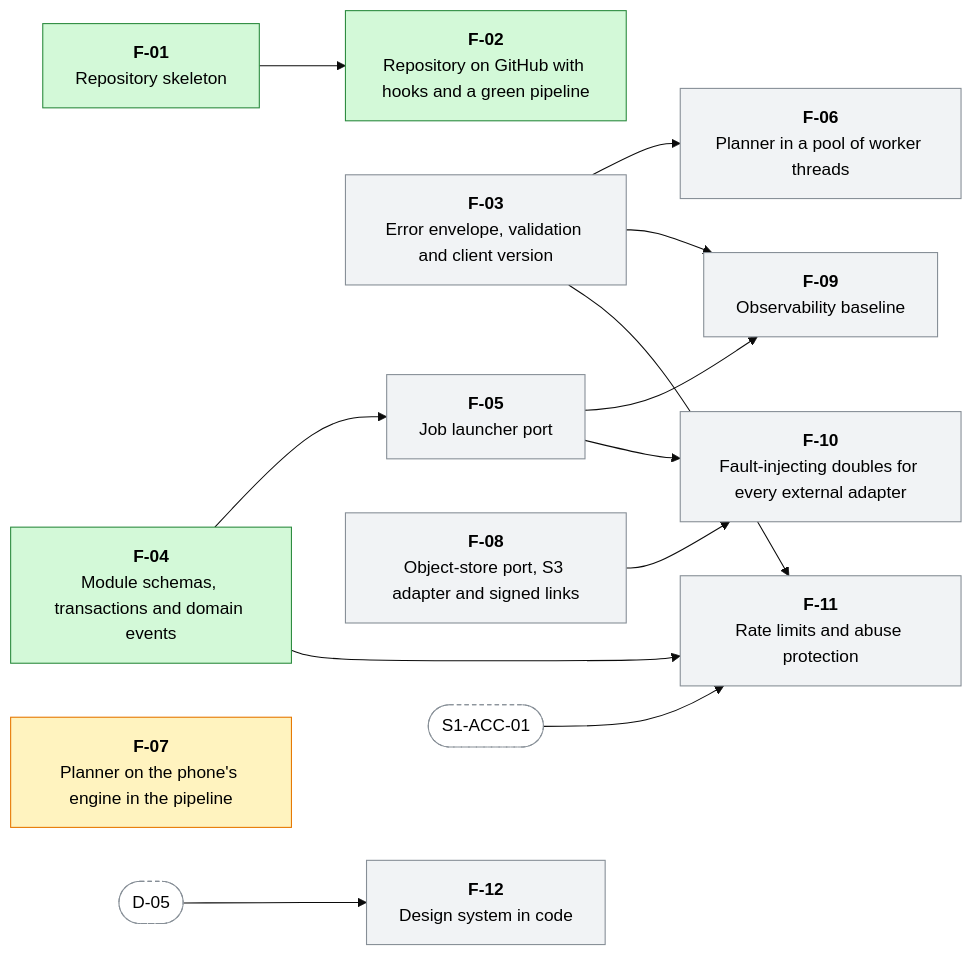
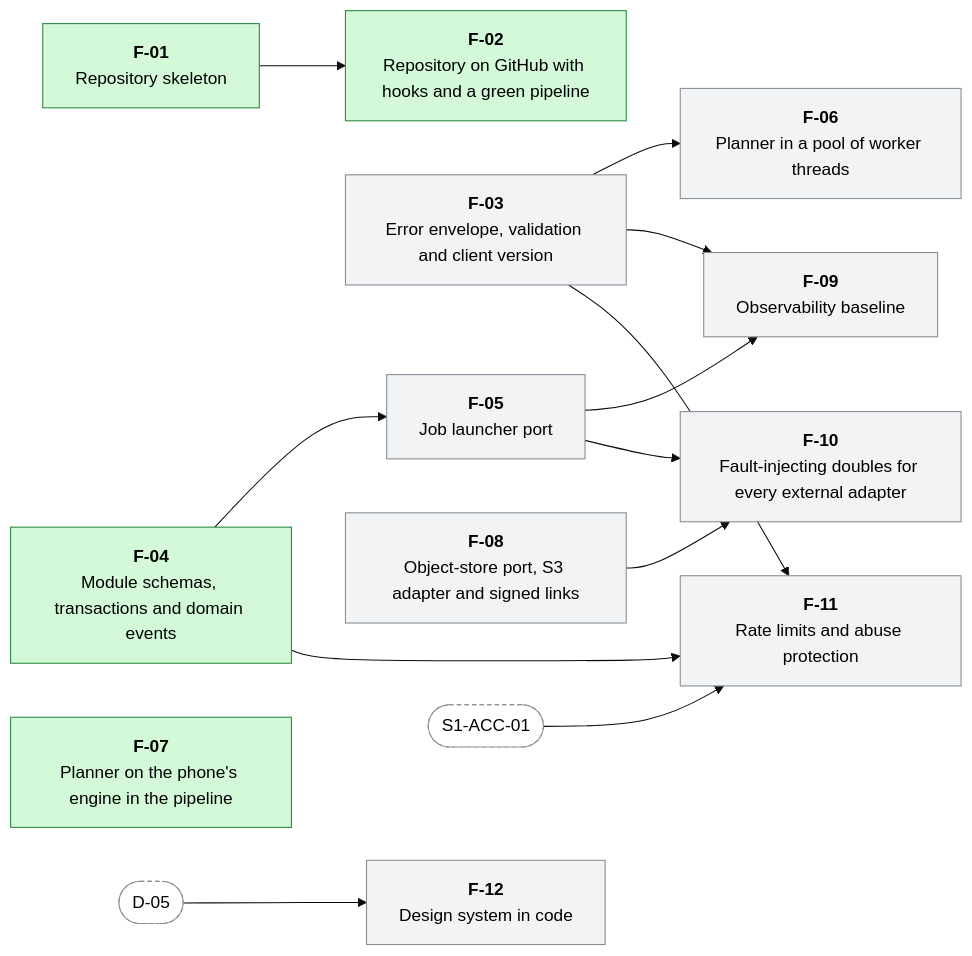
The third of 17 diagrams in docs/WORK-PLAN.md (menisika/Smart-Tour-Guide-and-Itinerary-Planner), drawn with Mermaid (base theme) before and after one commit. The commit also changed other lines of this file and 27 other files, not shown here.

First line of the commit message:
ci(ci): run the planner on the server's engine and the phone's

````diff
--- a/docs/WORK-PLAN.md
+++ b/docs/WORK-PLAN.md
@@ -534,33 +534,33 @@
 ```mermaid
 flowchart LR
   classDef done fill:#d3f9d8,stroke:#2b8a3e,color:#000
   classDef progress fill:#fff3bf,stroke:#e67700,color:#000
   classDef blocked fill:#ffe3e3,stroke:#c92a2a,color:#000
   classDef todo fill:#f1f3f5,stroke:#868e96,color:#000
   classDef outside fill:#ffffff,stroke:#868e96,stroke-dasharray:4 3,color:#000
   F_01["<b>F-01</b><br/>Repository skeleton"]:::done
   F_02["<b>F-02</b><br/>Repository on GitHub with hooks and a green pipeline"]:::done
   F_03["<b>F-03</b><br/>Error envelope, validation and client version"]:::todo
   F_04["<b>F-04</b><br/>Module schemas, transactions and domain events"]:::done
   F_05["<b>F-05</b><br/>Job launcher port"]:::todo
   F_06["<b>F-06</b><br/>Planner in a pool of worker threads"]:::todo
-  F_07["<b>F-07</b><br/>Planner on the phone's engine in the pipeline"]:::progress
+  F_07["<b>F-07</b><br/>Planner on the phone's engine in the pipeline"]:::done
   F_08["<b>F-08</b><br/>Object-store port, S3 adapter and signed links"]:::todo
   F_09["<b>F-09</b><br/>Observability baseline"]:::todo
   F_10["<b>F-10</b><br/>Fault-injecting doubles for every external adapter"]:::todo
   F_11["<b>F-11</b><br/>Rate limits and abuse protection"]:::todo
   F_12["<b>F-12</b><br/>Design system in code"]:::todo
   D_05(["D-05"]):::outside
   S1_ACC_01(["S1-ACC-01"]):::outside
   F_01 --> F_02
   F_04 --> F_05
   F_03 --> F_06
   F_03 --> F_09
   F_05 --> F_09
   F_08 --> F_10
   F_05 --> F_10
   F_03 --> F_11
   F_04 --> F_11
   S1_ACC_01 --> F_11
   D_05 --> F_12
 ```
````
